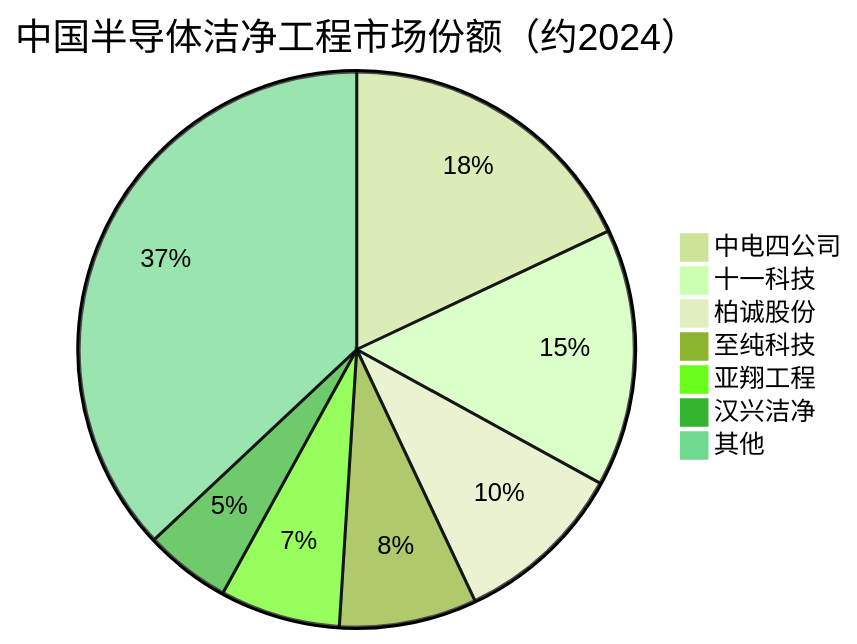
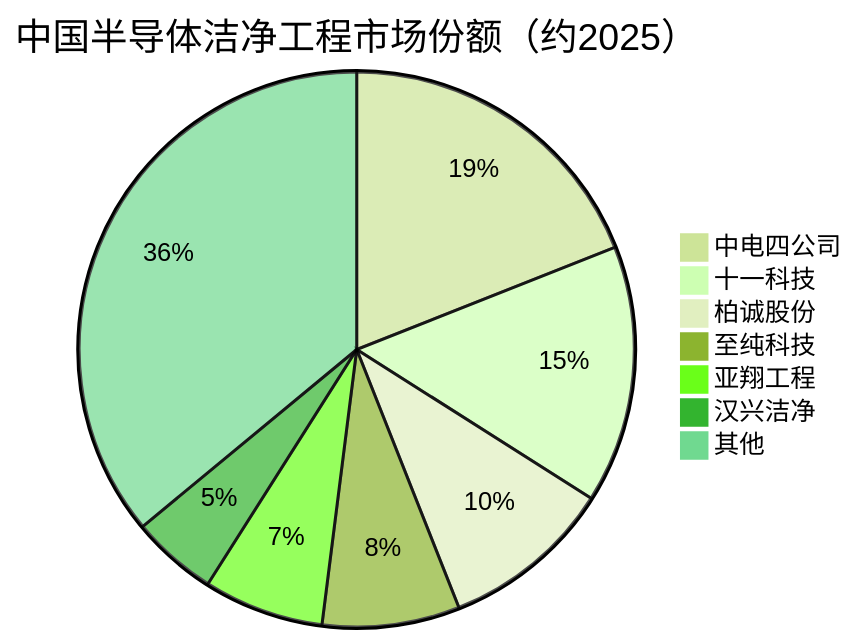
The third of 3 diagrams in AI产业链/细分配套/洁净工程.md (blueprint1453/industry-insight), drawn with Mermaid (forest theme) before and after one commit. The commit also changed other lines of this file and 78 other files, not shown here.

````diff
--- a/AI产业链/细分配套/洁净工程.md
+++ b/AI产业链/细分配套/洁净工程.md
@@ -181,10 +181,10 @@
 ```mermaid
-pie title 中国半导体洁净工程市场份额（约2024）
-    "中电四公司" : 18
+pie title 中国半导体洁净工程市场份额（约2025）
+    "中电四公司" : 19
     "十一科技" : 15
     "柏诚股份" : 10
     "至纯科技" : 8
     "亚翔工程" : 7
     "汉兴洁净" : 5
-    "其他" : 37
+    "其他" : 36
 ```
````
